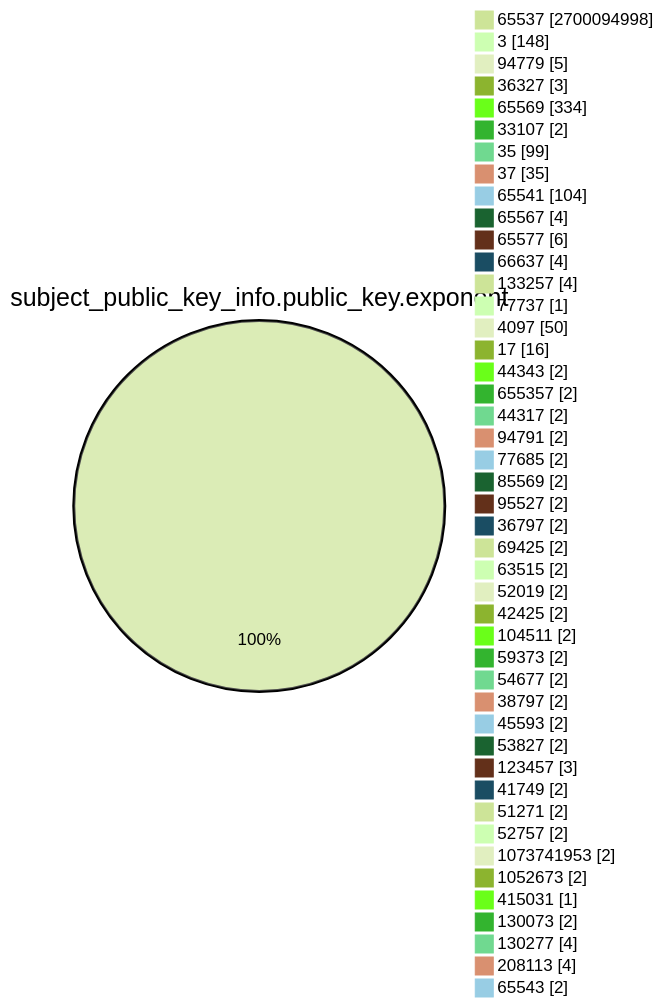
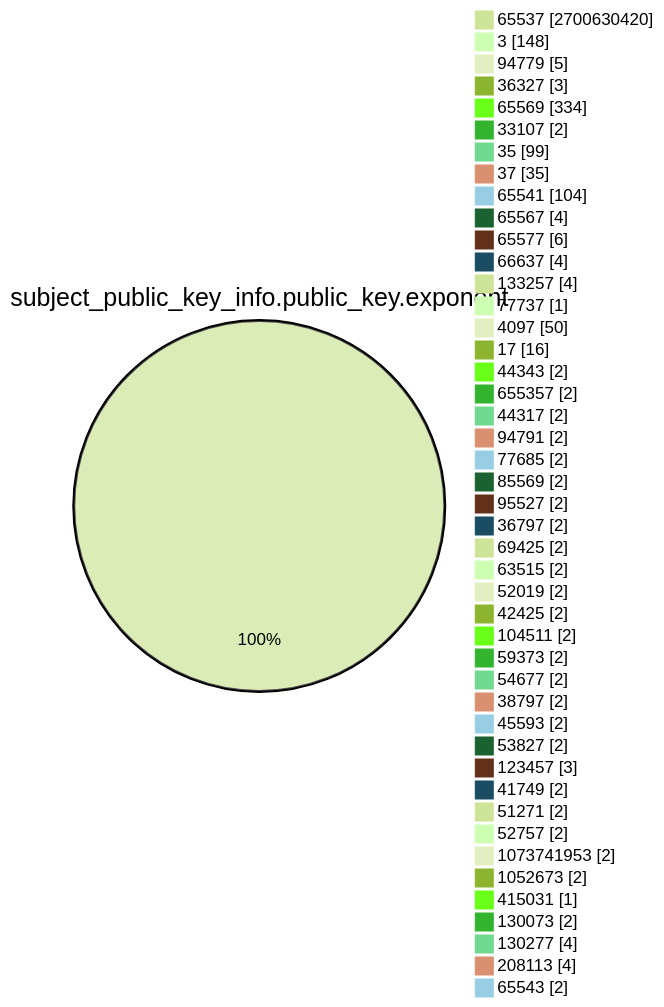
The fourth of 15 diagrams in TOTAL/README.md (christiankrug/ctmonitor_visualization), drawn with Mermaid (forest theme) before and after one commit. The commit also changed other lines of this file, not shown here.

````diff
--- a/TOTAL/README.md
+++ b/TOTAL/README.md
@@ -1467,49 +1467,49 @@
 ```mermaid
 pie showData
 title subject_public_key_info.public_key.exponent
-"65537" :2700094998
+"65537" :2700630420
 "3" :148
 "94779" :5
 "36327" :3
 "65569" :334
 "33107" :2
 "35" :99
 "37" :35
 "65541" :104
 "65567" :4
 "65577" :6
 "66637" :4
 "133257" :4
 "77737" :1
 "4097" :50
 "17" :16
 "44343" :2
 "655357" :2
 "44317" :2
 "94791" :2
 "77685" :2
 "85569" :2
 "95527" :2
 "36797" :2
 "69425" :2
 "63515" :2
 "52019" :2
 "42425" :2
 "104511" :2
 "59373" :2
 "54677" :2
 "38797" :2
 "45593" :2
 "53827" :2
 "123457" :3
 "41749" :2
 "51271" :2
 "52757" :2
 "1073741953" :2
 "1052673" :2
 "415031" :1
 "130073" :2
 "130277" :4
 "208113" :4
 "65543" :2
 ```
````
